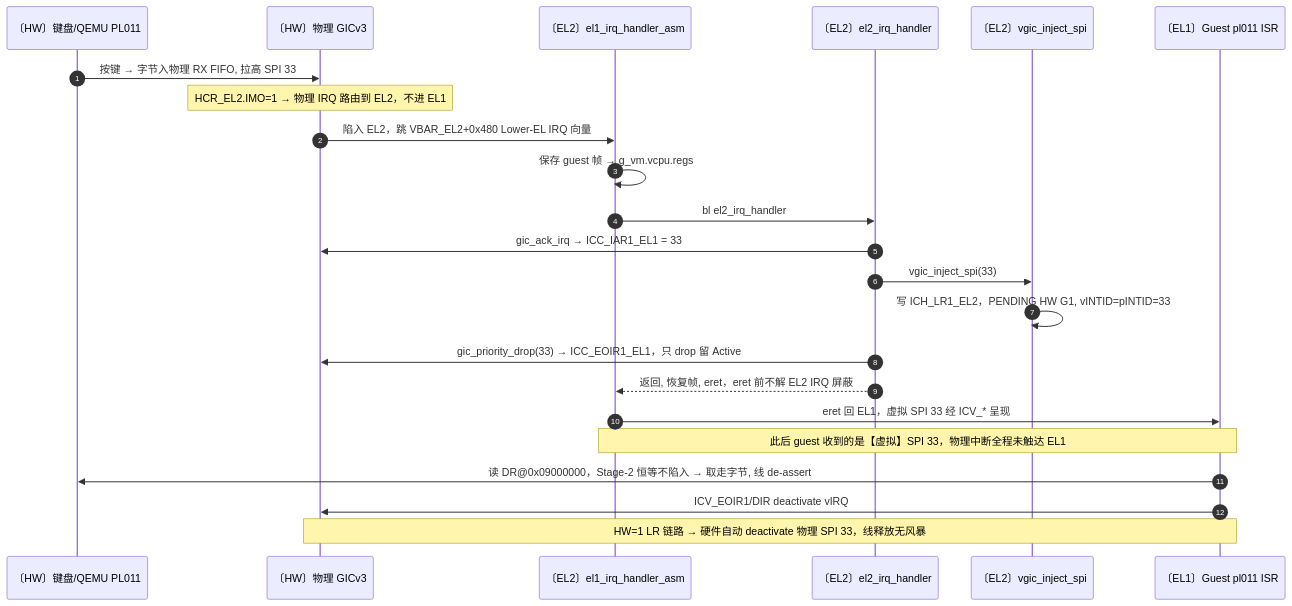
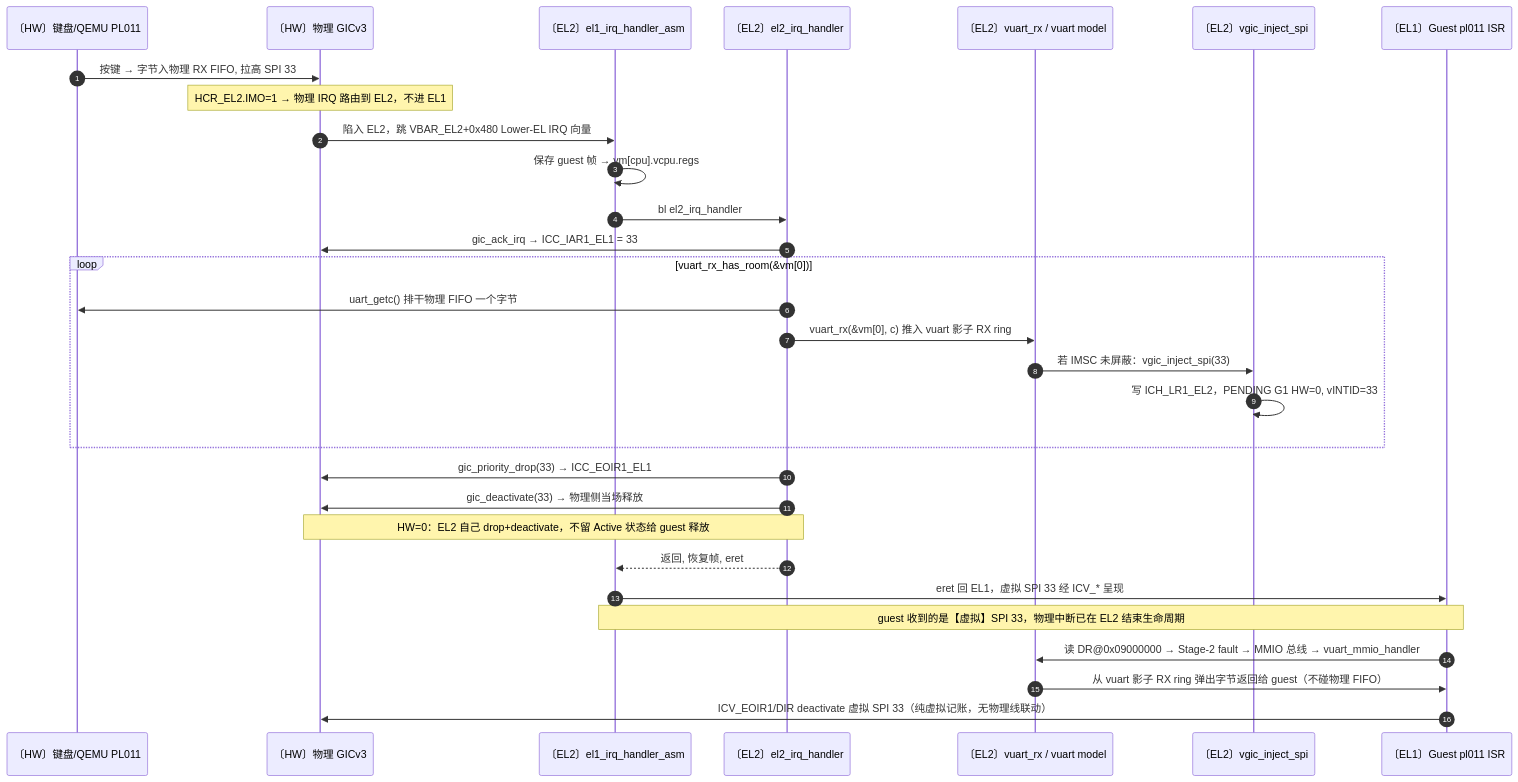
Before and after one commit to James7zy/hypervisor: the third of 3 diagrams in docs/reference/2026-06-21-architecture-zoom-out.md, drawn with Mermaid. The commit also changed other lines of this file and 3 other files, not shown here.

````diff
--- a/docs/reference/2026-06-21-architecture-zoom-out.md
+++ b/docs/reference/2026-06-21-architecture-zoom-out.md
@@ -124,26 +130,33 @@
 ```mermaid
 sequenceDiagram
     autonumber
     participant K as 〔HW〕键盘/QEMU PL011
     participant GICp as 〔HW〕物理 GICv3
     participant ASM as 〔EL2〕el1_irq_handler_asm
     participant HND as 〔EL2〕el2_irq_handler
+    participant VU as 〔EL2〕vuart_rx / vuart model
     participant VG as 〔EL2〕vgic_inject_spi
     participant G as 〔EL1〕Guest pl011 ISR
 
     K->>GICp: 按键 → 字节入物理 RX FIFO, 拉高 SPI 33
     Note over GICp: HCR_EL2.IMO=1 → 物理 IRQ 路由到 EL2，不进 EL1
     GICp->>ASM: 陷入 EL2，跳 VBAR_EL2+0x480 Lower-EL IRQ 向量
-    ASM->>ASM: 保存 guest 帧 → g_vm.vcpu.regs
+    ASM->>ASM: 保存 guest 帧 → vm[cpu].vcpu.regs
     ASM->>HND: bl el2_irq_handler
     HND->>GICp: gic_ack_irq → ICC_IAR1_EL1 = 33
-    HND->>VG: vgic_inject_spi(33)
-    VG->>VG: 写 ICH_LR1_EL2，PENDING HW G1, vINTID=pINTID=33
-    HND->>GICp: gic_priority_drop(33) → ICC_EOIR1_EL1，只 drop 留 Active
-    HND-->>ASM: 返回, 恢复帧, eret，eret 前不解 EL2 IRQ 屏蔽
+    loop vuart_rx_has_room(&vm[0])
+        HND->>K: uart_getc() 排干物理 FIFO 一个字节
+        HND->>VU: vuart_rx(&vm[0], c) 推入 vuart 影子 RX ring
+        VU->>VG: 若 IMSC 未屏蔽：vgic_inject_spi(33)
+        VG->>VG: 写 ICH_LR1_EL2，PENDING G1 HW=0, vINTID=33
+    end
+    HND->>GICp: gic_priority_drop(33) → ICC_EOIR1_EL1
+    HND->>GICp: gic_deactivate(33) → 物理侧当场释放
+    Note over HND,GICp: HW=0：EL2 自己 drop+deactivate，不留 Active 状态给 guest 释放
+    HND-->>ASM: 返回, 恢复帧, eret
     ASM->>G: eret 回 EL1，虚拟 SPI 33 经 ICV_* 呈现
-    Note over ASM,G: 此后 guest 收到的是【虚拟】SPI 33，物理中断全程未触达 EL1
-    G->>K: 读 DR@0x09000000，Stage-2 恒等不陷入 → 取走字节, 线 de-assert
-    G->>GICp: ICV_EOIR1/DIR deactivate vIRQ
-    Note over G,GICp: HW=1 LR 链路 → 硬件自动 deactivate 物理 SPI 33，线释放无风暴
+    Note over ASM,G: guest 收到的是【虚拟】SPI 33，物理中断已在 EL2 结束生命周期
+    G->>VU: 读 DR@0x09000000 → Stage-2 fault → MMIO 总线 → vuart_mmio_handler
+    VU->>G: 从 vuart 影子 RX ring 弹出字节返回给 guest（不碰物理 FIFO）
+    G->>GICp: ICV_EOIR1/DIR deactivate 虚拟 SPI 33（纯虚拟记账，无物理线联动）
 ```
````
